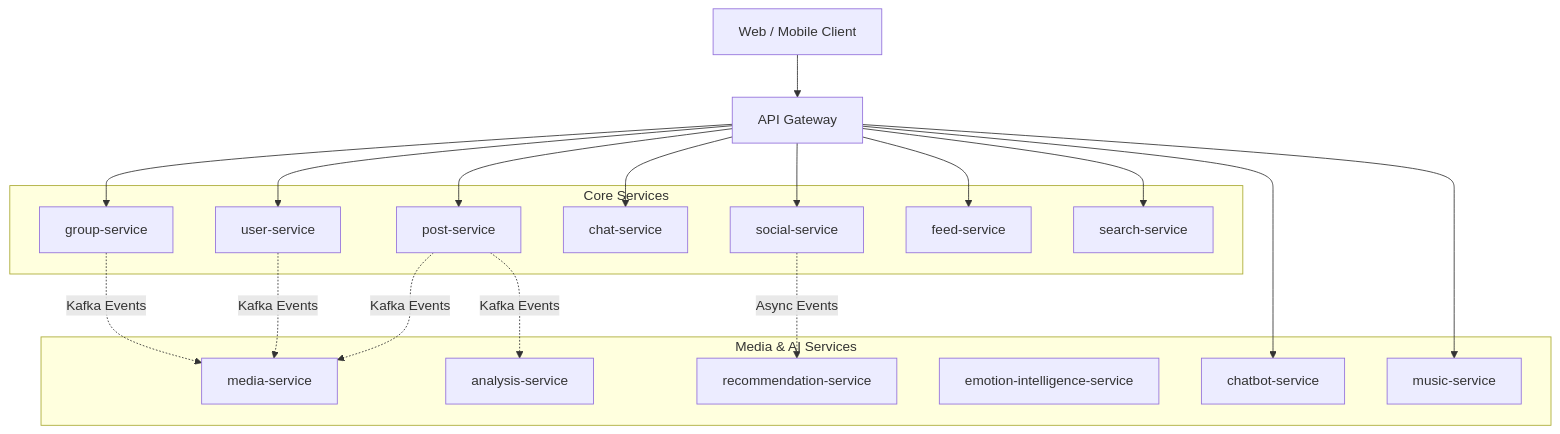
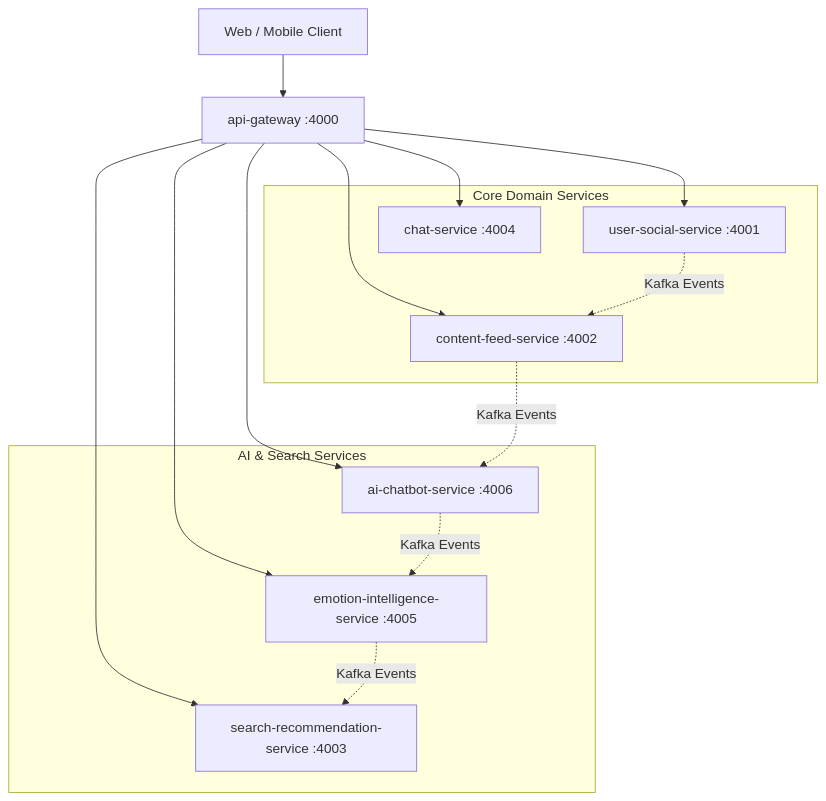
One commit to LeVanHuy84/SE121-microservices changed the diagram in README.md. Above: the diagram before and after it, drawn with Mermaid. The commit also changed other lines of this file and 11 other files, not shown here.

First line of the commit message:
docs: Update architecture documentation for SE121 microservices platform (#68)

````diff
--- a/README.md
+++ b/README.md
@@ -5,46 +5,33 @@
 ```mermaid
 flowchart TB
     Client[Web / Mobile Client]
 
-    Gateway[API Gateway]
+    Gateway[api-gateway :4000]
 
     Client --> Gateway
 
-    subgraph Core Services
-        User[user-service]
-        Post[post-service]
-        Social[social-service]
-        Chat[chat-service]
-        Group[group-service]
-        Feed[feed-service]
-        Search[search-service]
+    subgraph Core Domain Services
+        UserSocial[user-social-service :4001]
+        ContentFeed[content-feed-service :4002]
+        Chat[chat-service :4004]
     end
 
-    subgraph Media & AI Services
-        Media[media-service]
-        Analysis[analysis-service]
-        Recommendation[recommendation-service]
-        Emotion[emotion-intelligence-service]
-        Chatbot[chatbot-service]
-        Music[music-service]
+    subgraph AI & Search Services
+        SearchRec[search-recommendation-service :4003]
+        EmotionIntel[emotion-intelligence-service :4005]
+        AIChatbot[ai-chatbot-service :4006]
     end
 
-    Gateway --> User
-    Gateway --> Post
-    Gateway --> Social
+    Gateway --> UserSocial
+    Gateway --> ContentFeed
     Gateway --> Chat
-    Gateway --> Group
-    Gateway --> Feed
-    Gateway --> Search
-    Gateway --> Chatbot
-    Gateway --> Music
+    Gateway --> SearchRec
+    Gateway --> EmotionIntel
+    Gateway --> AIChatbot
 
-    %% Event-driven processing
-    Post -. Kafka Events .-> Analysis
-    Post -. Kafka Events .-> Media
-
-    User -. Kafka Events .-> Media
-    Group -. Kafka Events .-> Media
-
-    Social -. Async Events .-> Recommendation
+    %% Event-driven processing & messaging
+    ContentFeed -. Kafka Events .-> AIChatbot
+    UserSocial -. Kafka Events .-> ContentFeed
+    AIChatbot -. Kafka Events .-> EmotionIntel
+    EmotionIntel -. Kafka Events .-> SearchRec
 ```
````
